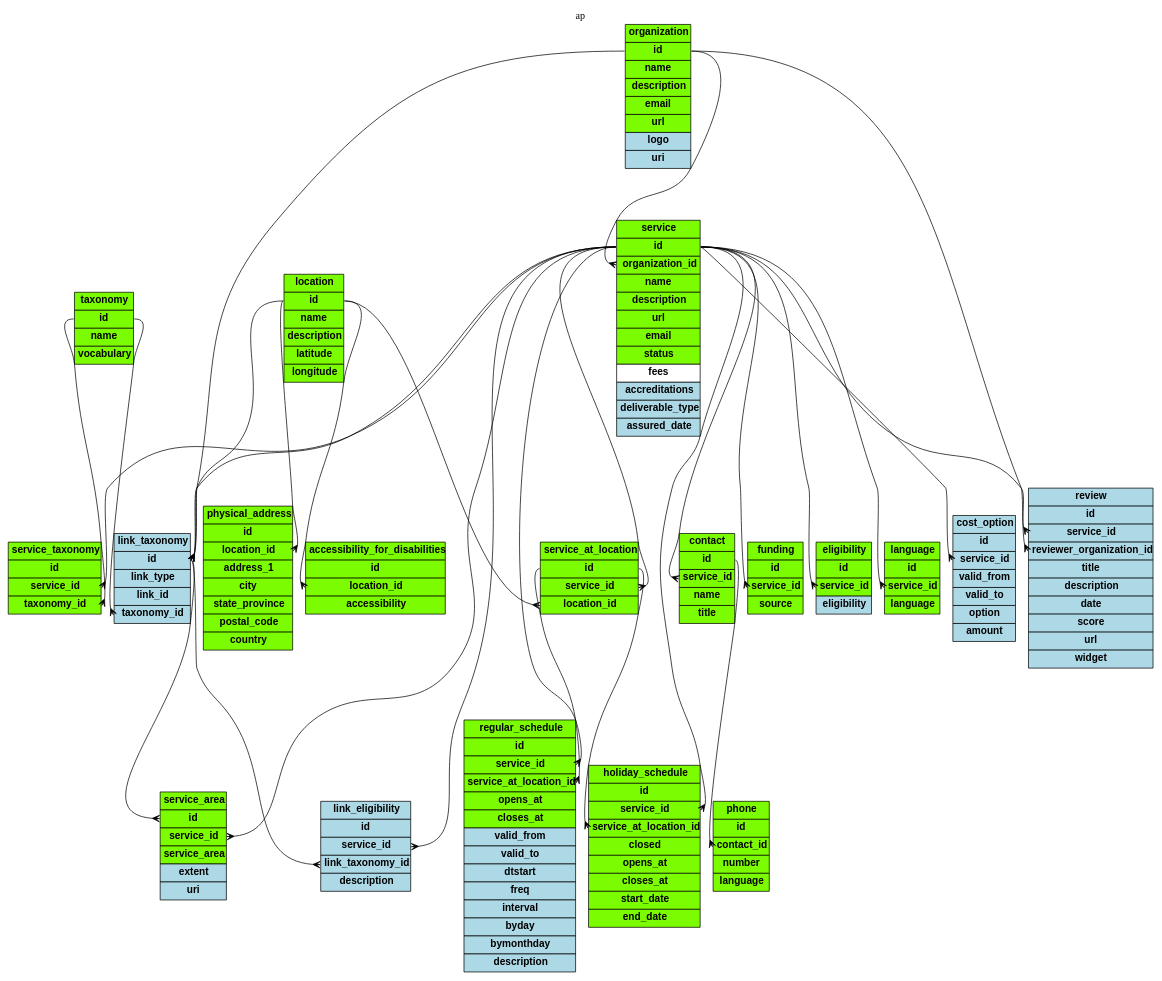
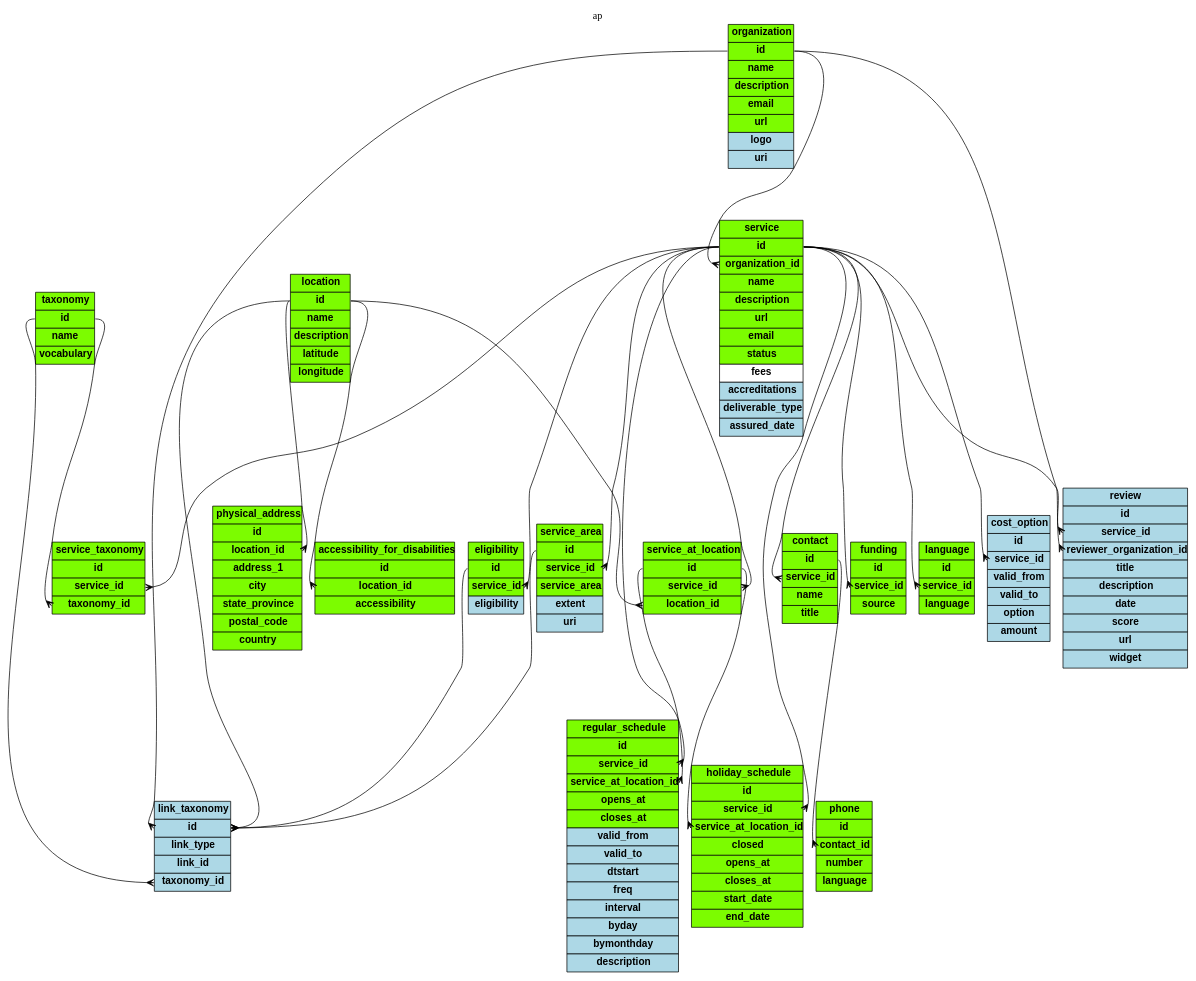
Before and after one commit to OpenReferralUK/human-services: the diagram in Schemas/ap.gv, drawn with Graphviz. The commit also changed 23 other files, not shown here.

Commit message:
Update schemas and resources.

```diff
--- a/Schemas/ap.gv
+++ b/Schemas/ap.gv
@@ -204,7 +204,6 @@
 >]
 
 service:id -> service_area:service_id;
-link_taxonomy:id -> service_area:id;
 
 
 language [label=<
@@ -240,20 +239,6 @@
 </table>
 >]
 
-
-
-link_eligibility [label=<
-<table border="0" cellborder="1" cellspacing="0" cellpadding="4">
-<tr><td bgcolor="lightblue"><b>link_eligibility</b></td></tr>
-<tr><td port='id'  bgcolor="lightblue"><b>id</b></td></tr>
-<tr><td port='service_id'  bgcolor="lightblue"><b>service_id</b></td></tr>
-<tr><td port='link_taxonomy_id'  bgcolor="lightblue"><b>link_taxonomy_id</b></td></tr>
-<tr><td  bgcolor="lightblue"><b>description</b></td></tr>
-</table>
->]
-
-service:id -> link_eligibility:service_id;
-link_taxonomy:id -> link_eligibility:link_taxonomy_id;
 
 
 cost_option [label=<
@@ -300,7 +285,8 @@
 </table>
 >]
 
-service:id -> link_taxonomy:id;
+eligibility:id -> link_taxonomy:id;
+service_area:id -> link_taxonomy:id;
 location:id -> link_taxonomy:id;
 organization:id -> link_taxonomy:id;
 taxonomy:id -> link_taxonomy:taxonomy_id;
```
